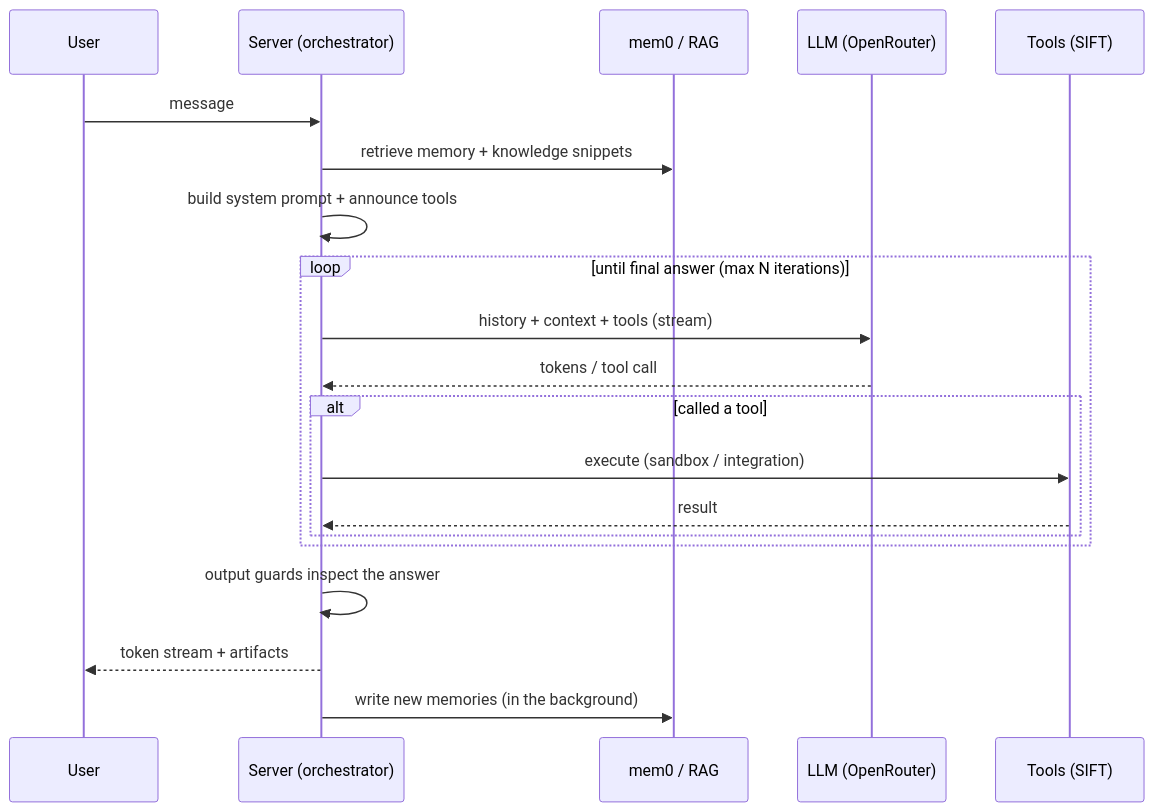
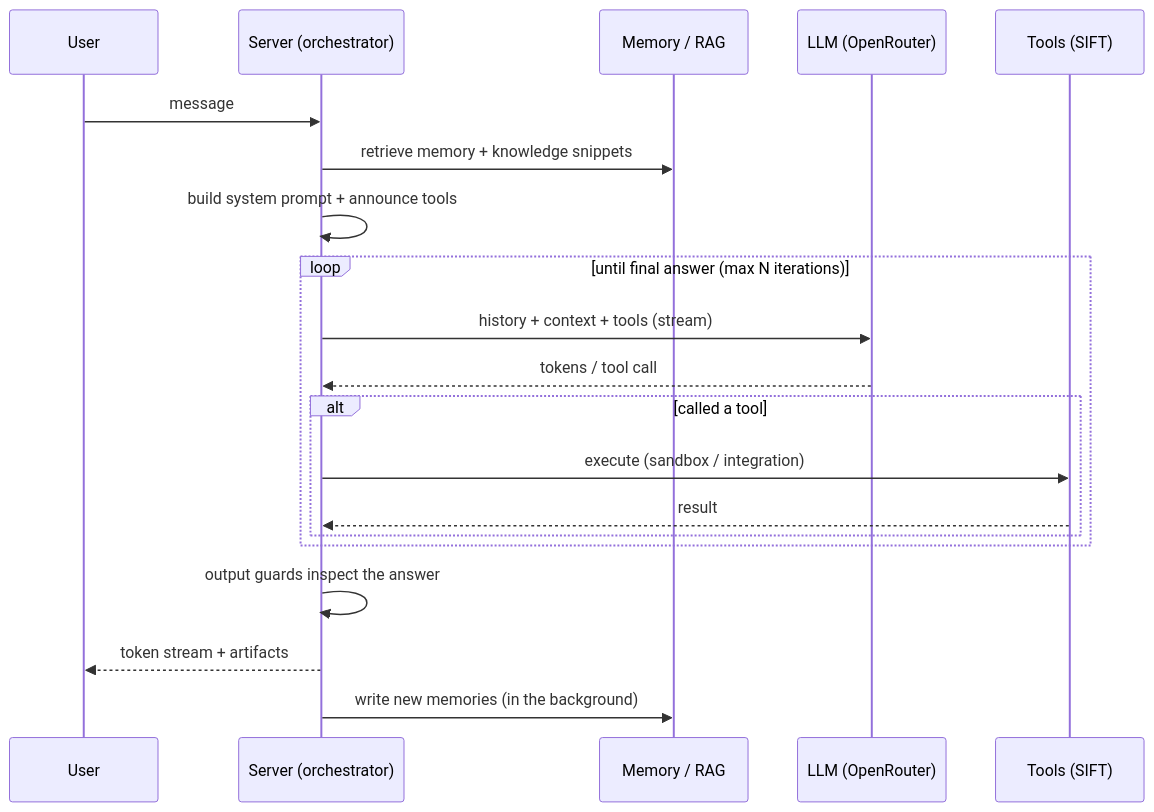
Before and after one commit to Victor-Alves0/AI-Workspace: the second of 2 diagrams in docs/architecture.md, drawn with Mermaid. The commit also changed other lines of this file and 33 other files, not shown here.

````diff
--- a/docs/architecture.md
+++ b/docs/architecture.md
@@ -104,23 +104,23 @@
 ```mermaid
 sequenceDiagram
     participant U as User
     participant S as Server (orchestrator)
-    participant M as mem0 / RAG
+    participant M as Memory / RAG
     participant L as LLM (OpenRouter)
     participant T as Tools (SIFT)
 
     U->>S: message
     S->>M: retrieve memory + knowledge snippets
     S->>S: build system prompt + announce tools
     loop until final answer (max N iterations)
         S->>L: history + context + tools (stream)
         L-->>S: tokens / tool call
         alt called a tool
             S->>T: execute (sandbox / integration)
             T-->>S: result
         end
     end
     S->>S: output guards inspect the answer
     S-->>U: token stream + artifacts
     S->>M: write new memories (in the background)
 ```
````
